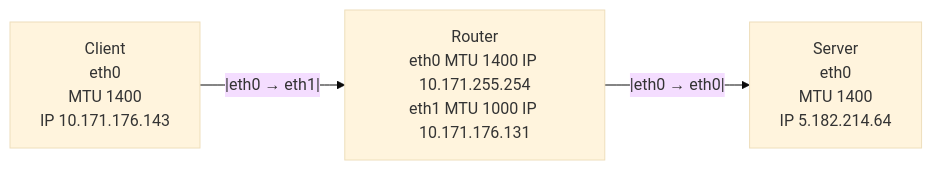
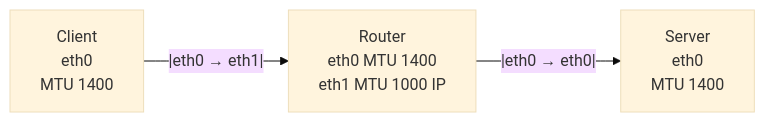
The diagram in README.md (pavbjj/mtu-lab), drawn with Mermaid (base theme) before and after one commit.

````diff
--- a/README.md
+++ b/README.md
@@ -2,11 +2,11 @@
 ```mermaid
 graph LR
-    C["Client<br/>eth0<br/>MTU 1400<br/>IP 10.171.176.143"]
-    R["Router<br/>eth0 MTU 1400 IP 10.171.255.254<br/>eth1 MTU 1000 IP 10.171.176.131"]
-    S["Server<br/>eth0<br/>MTU 1400<br/>IP 5.182.214.64"]
+    C["Client<br/>eth0<br/>MTU 1400<br/>"]
+    R["Router<br/>eth0 MTU 1400<br/>eth1 MTU 1000 IP"]
+    S["Server<br/>eth0<br/>MTU 1400<br/>"]
 
     C --|eth0 → eth1|--> R
     R --|eth0 → eth0|--> S
 
 
 ```
````
